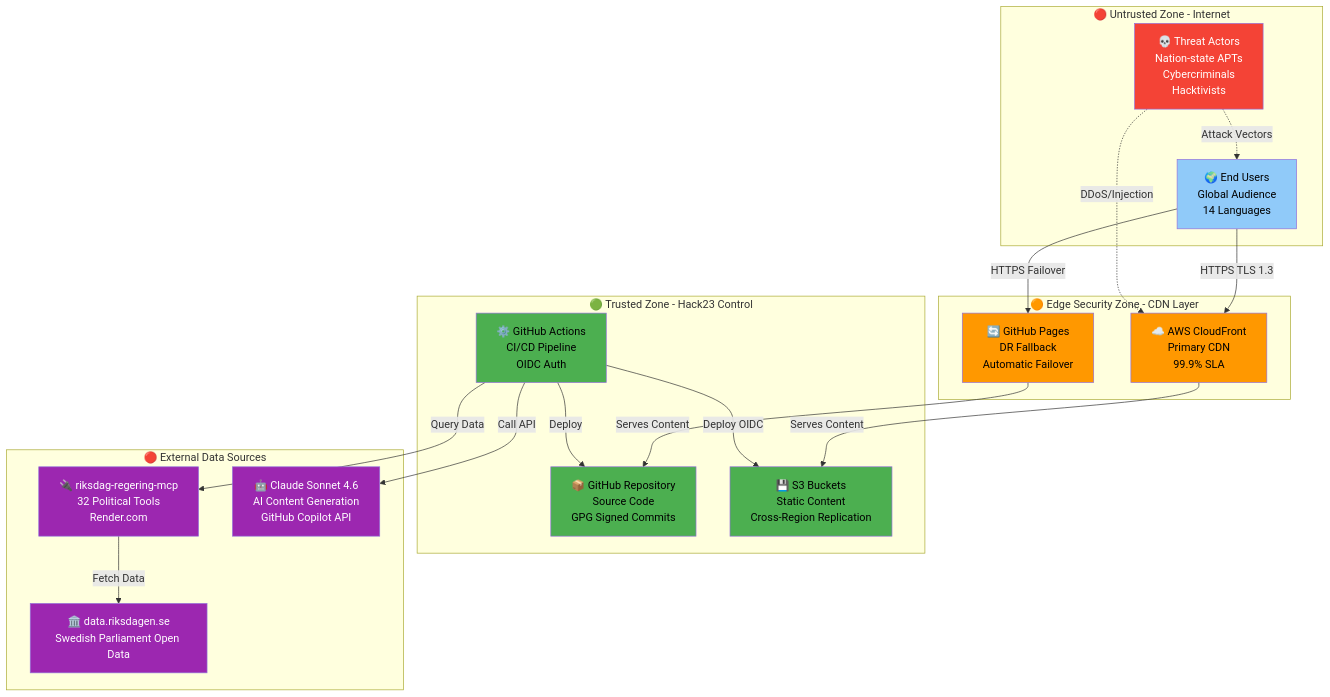
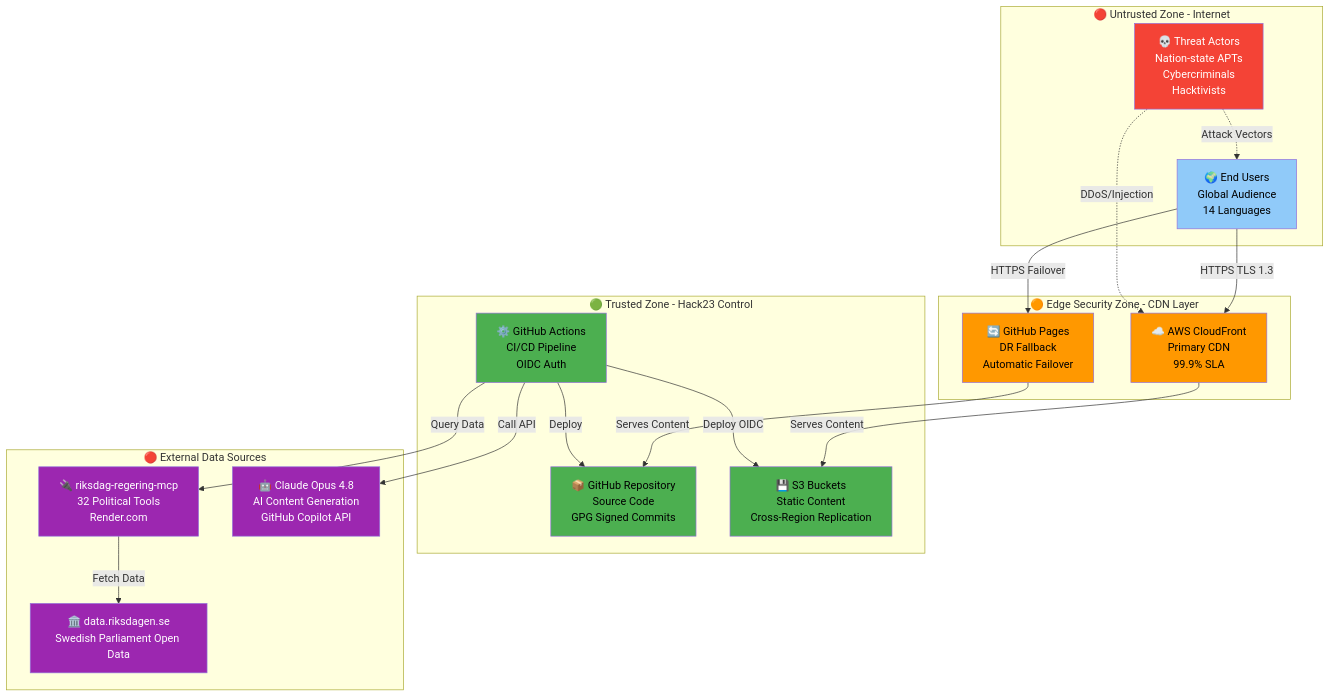
The first of 14 diagrams in THREAT_MODEL.md (Hack23/riksdagsmonitor), drawn with Mermaid before and after one commit. The commit also changed other lines of this file, not shown here.

````diff
--- a/THREAT_MODEL.md
+++ b/THREAT_MODEL.md
@@ -243,50 +243,50 @@
 ```mermaid
 graph TB
     subgraph External["🔴 Untrusted Zone - Internet"]
         User[🌍 End Users<br/>Global Audience<br/>14 Languages]
         Attacker[💀 Threat Actors<br/>Nation-state APTs<br/>Cybercriminals<br/>Hacktivists]
     end
     
     subgraph Edge["🟠 Edge Security Zone - CDN Layer"]
         CloudFront[☁️ AWS CloudFront<br/>Primary CDN<br/>99.9% SLA]
         GitHubPages[🔄 GitHub Pages<br/>DR Fallback<br/>Automatic Failover]
     end
     
     subgraph Internal["🟢 Trusted Zone - Hack23 Control"]
         Repo[📦 GitHub Repository<br/>Source Code<br/>GPG Signed Commits]
         Actions[⚙️ GitHub Actions<br/>CI/CD Pipeline<br/>OIDC Auth]
         S3[💾 S3 Buckets<br/>Static Content<br/>Cross-Region Replication]
     end
     
     subgraph External2["🔴 External Data Sources"]
         MCP[🔌 riksdag-regering-mcp<br/>32 Political Tools<br/>Render.com]
-        Claude[🤖 Claude Sonnet 4.6<br/>AI Content Generation<br/>GitHub Copilot API]
+        Claude[🤖 Claude Opus 4.8<br/>AI Content Generation<br/>GitHub Copilot API]
         RiksdagAPI[🏛️ data.riksdagen.se<br/>Swedish Parliament Open Data]
     end
     
     User -->|HTTPS TLS 1.3| CloudFront
     User -->|HTTPS Failover| GitHubPages
     Attacker -.->|Attack Vectors| User
     Attacker -.->|DDoS/Injection| CloudFront
     
     CloudFront -->|Serves Content| S3
     GitHubPages -->|Serves Content| Repo
     
     Actions -->|Deploy OIDC| S3
     Actions -->|Deploy| Repo
     Actions -->|Call API| Claude
     Actions -->|Query Data| MCP
     
     MCP -->|Fetch Data| RiksdagAPI
     
     style User fill:#90caf9,color:#000
     style Attacker fill:#f44336,color:#fff
     style CloudFront fill:#ff9800,color:#000
     style GitHubPages fill:#ff9800,color:#000
     style Repo fill:#4caf50,color:#000
     style Actions fill:#4caf50,color:#000
     style S3 fill:#4caf50,color:#000
     style MCP fill:#9c27b0,color:#fff
     style Claude fill:#9c27b0,color:#fff
     style RiksdagAPI fill:#9c27b0,color:#fff
 ```
````
